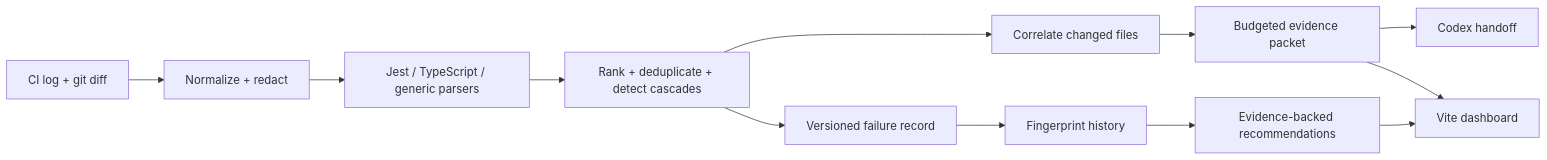
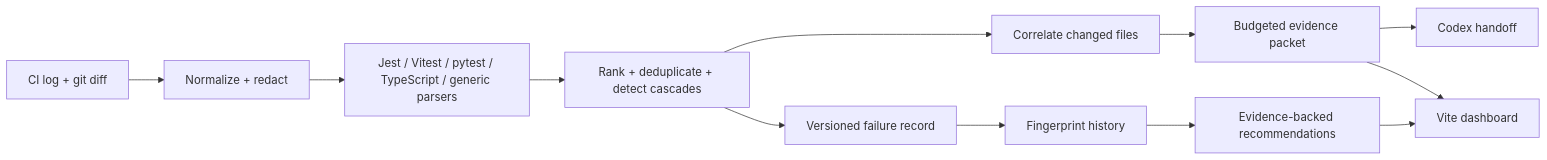
Before and after one commit to Dannyso05/CISignal: the diagram in README.md, drawn with Mermaid. The commit also changed other lines of this file and 9 other files, not shown here.

````diff
--- a/README.md
+++ b/README.md
@@ -46,14 +46,14 @@
 ```mermaid
 flowchart LR
     A[CI log + git diff] --> B[Normalize + redact]
-    B --> C[Jest / TypeScript / generic parsers]
+    B --> C[Jest / Vitest / pytest / TypeScript / generic parsers]
     C --> D[Rank + deduplicate + detect cascades]
     D --> E[Correlate changed files]
     E --> F[Budgeted evidence packet]
     F --> G[Codex handoff]
     D --> H[Versioned failure record]
     H --> I[Fingerprint history]
     I --> J[Evidence-backed recommendations]
     F --> K[Vite dashboard]
     J --> K
 ```
````
